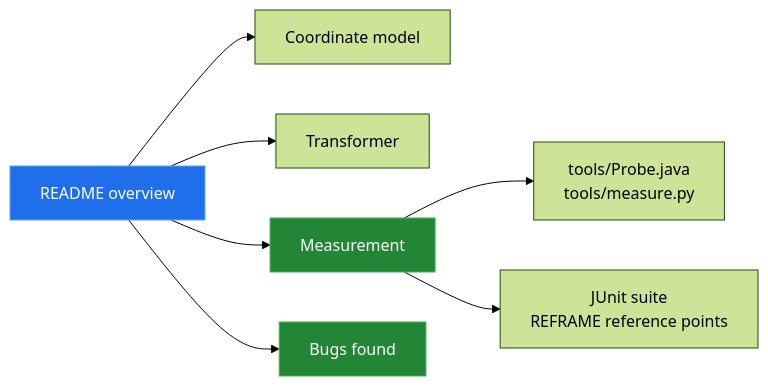
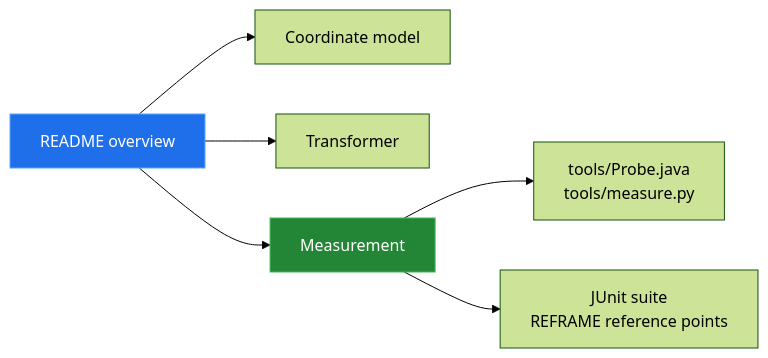
The diagram in docs/README.md (Bissbert/SwissToWGS4j), drawn with Mermaid (forest theme) before and after one commit. The commit also changed other lines of this file and 5 other files, not shown here.

Commit message:
Docs: drop BUGS-FOUND.md, bugs are tracked as issues

````diff
--- a/docs/README.md
+++ b/docs/README.md
@@ -15,13 +16,11 @@
 ```mermaid
 flowchart LR
     R["README overview"] --> C["Coordinate model"]
     R --> T["Transformer"]
     R --> M["Measurement"]
-    R --> B["Bugs found"]
     M --> P["tools/Probe.java<br/>tools/measure.py"]
     M --> U["JUnit suite<br/>REFRAME reference points"]
 
     style R fill:#1f6feb,stroke:#58a6ff,color:#fff
     style M fill:#238636,stroke:#3fb950,color:#fff
-    style B fill:#238636,stroke:#3fb950,color:#fff
 ```
````
